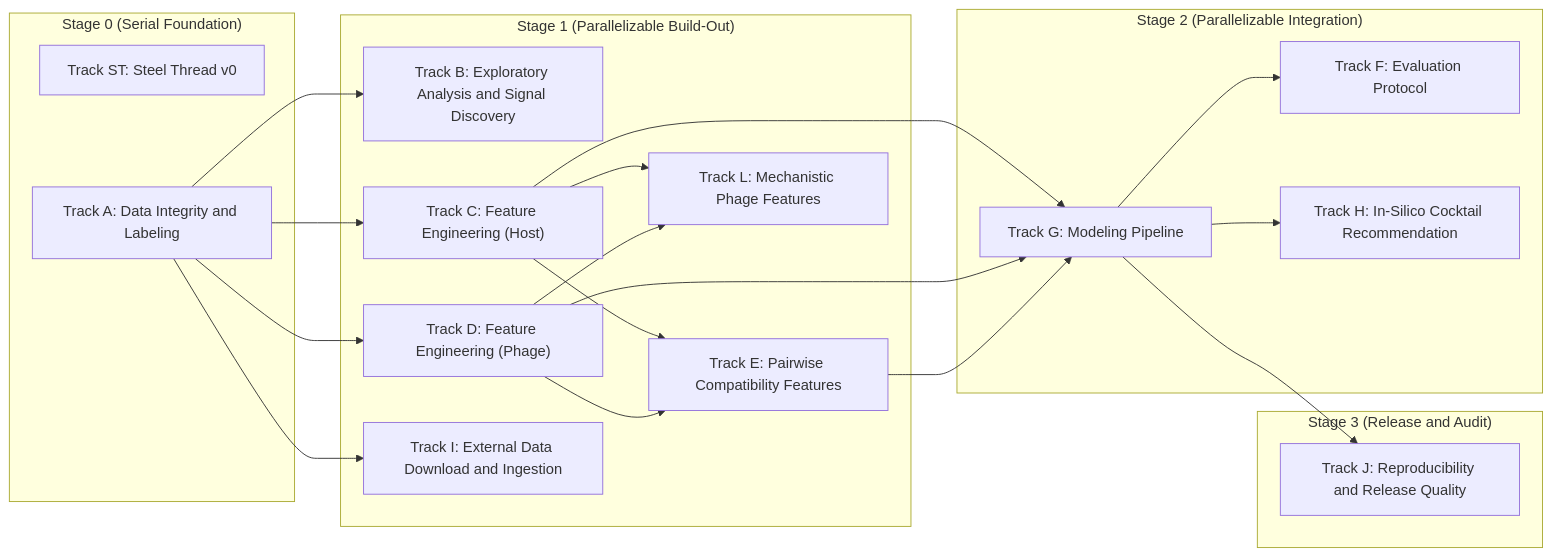
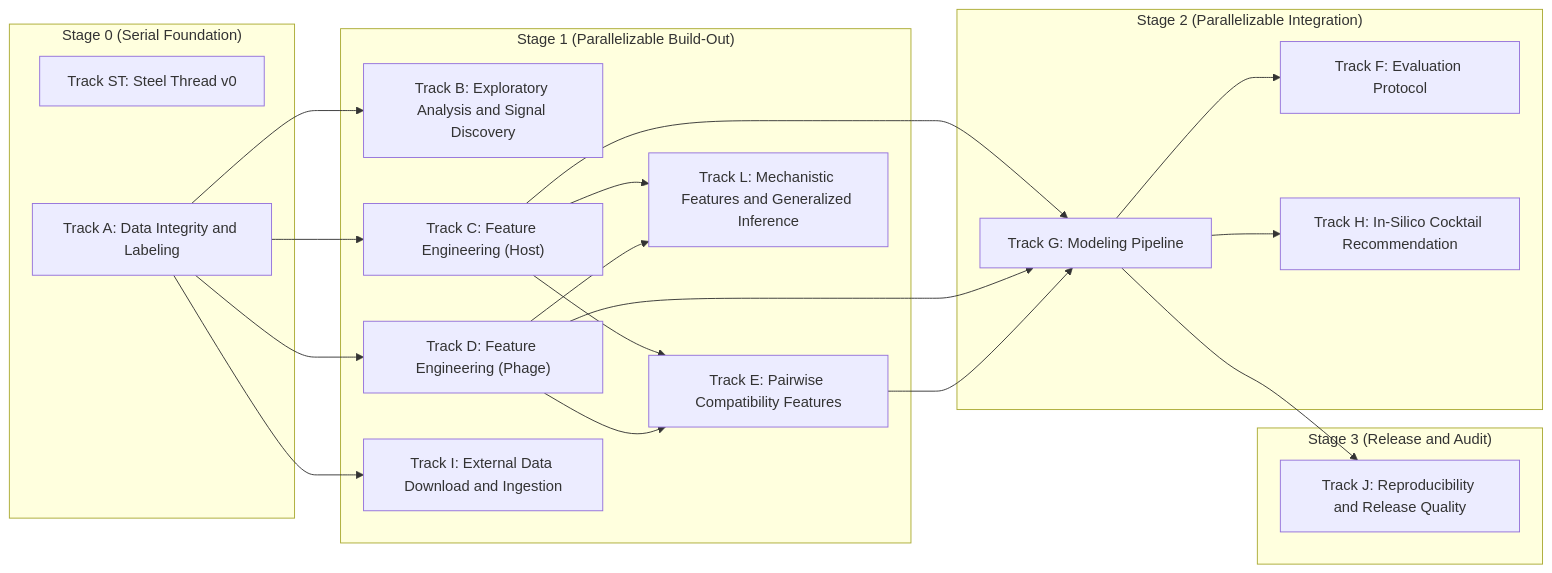
Before and after one commit to LorenaDerezanin/coli_phage_interactions_2023: the diagram in lyzortx/research_notes/PLAN.md, drawn with Mermaid. The commit also changed other lines of this file and 1 other file, not shown here.

First line of the commit message:
Add generalized inference tasks (TL07-TL10) to Track L

````diff
--- a/lyzortx/research_notes/PLAN.md
+++ b/lyzortx/research_notes/PLAN.md
@@ -7,41 +7,41 @@
 ```mermaid
 graph LR
   subgraph s0["Stage 0 (Serial Foundation)"]
     tst["Track ST: Steel Thread v0"]
     ta["Track A: Data Integrity and Labeling"]
   end
 
   subgraph s1["Stage 1 (Parallelizable Build-Out)"]
     tb["Track B: Exploratory Analysis and Signal Discovery"]
     tc["Track C: Feature Engineering (Host)"]
     td["Track D: Feature Engineering (Phage)"]
     te["Track E: Pairwise Compatibility Features"]
     ti["Track I: External Data Download and Ingestion"]
-    tl["Track L: Mechanistic Phage Features"]
+    tl["Track L: Mechanistic Features and Generalized Inference"]
   end
 
   subgraph s2["Stage 2 (Parallelizable Integration)"]
     tf["Track F: Evaluation Protocol"]
     tg["Track G: Modeling Pipeline"]
     th["Track H: In-Silico Cocktail Recommendation"]
   end
 
   subgraph s3["Stage 3 (Release and Audit)"]
     tj["Track J: Reproducibility and Release Quality"]
   end
 
   ta --> tb
   ta --> tc
   ta --> td
   tc --> te
   td --> te
   tg --> tf
   tc --> tg
   td --> tg
   te --> tg
   tg --> th
   ta --> ti
   tc --> tl
   td --> tl
   tg --> tj
 ```
````
